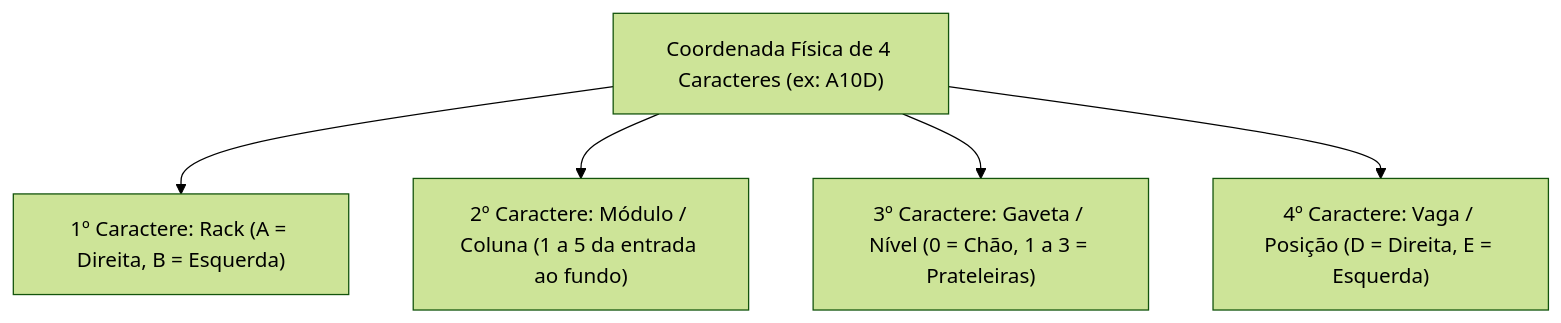
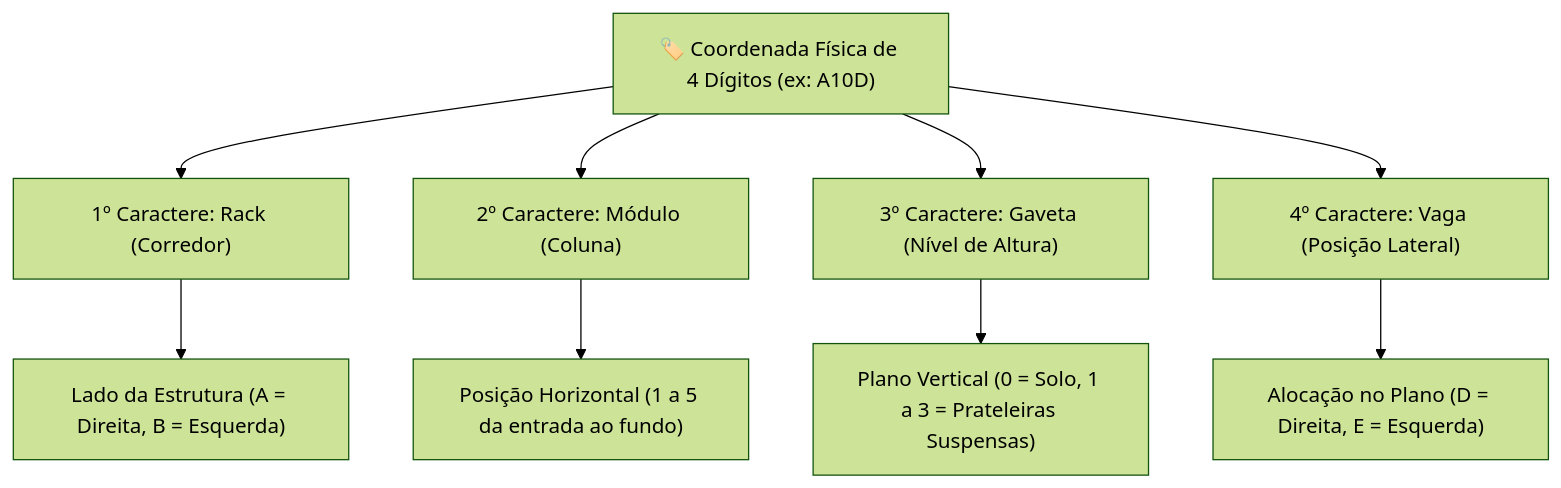
One commit to NaejBarbosa/paletscan-etl changed the first of 2 diagrams in docs/pwa-vagas-zoneamento.md. Above: the diagram before and after it, drawn with Mermaid (forest theme). The commit also changed other lines of this file and 9 other files, not shown here.

Commit message:
fix(docs): verticalizar diagramas com ramificacoes a direita e corrigir sintaxe Mermaid em todas as paginas

````diff
--- a/docs/pwa-vagas-zoneamento.md
+++ b/docs/pwa-vagas-zoneamento.md
@@ -9,7 +11,16 @@
 ```mermaid
 flowchart TD
-    A["Coordenada Física de 4 Caracteres (ex: A10D)"] --> B["1º Caractere: Rack (A = Direita, B = Esquerda)"]
-    A --> C["2º Caractere: Módulo / Coluna (1 a 5 da entrada ao fundo)"]
-    A --> D["3º Caractere: Gaveta / Nível (0 = Chão, 1 a 3 = Prateleiras)"]
-    A --> E["4º Caractere: Vaga / Posição (D = Direita, E = Esquerda)"]
+    COORD["🏷️ Coordenada Física de 4 Dígitos (ex: A10D)"]
+    
+    COORD --> P1["1º Caractere: Rack (Corredor)"]
+    P1 --> D1["Lado da Estrutura (A = Direita, B = Esquerda)"]
+    
+    COORD --> P2["2º Caractere: Módulo (Coluna)"]
+    P2 --> D2["Posição Horizontal (1 a 5 da entrada ao fundo)"]
+    
+    COORD --> P3["3º Caractere: Gaveta (Nível de Altura)"]
+    P3 --> D3["Plano Vertical (0 = Solo, 1 a 3 = Prateleiras Suspensas)"]
+    
+    COORD --> P4["4º Caractere: Vaga (Posição Lateral)"]
+    P4 --> D4["Alocação no Plano (D = Direita, E = Esquerda)"]
 ```
````
